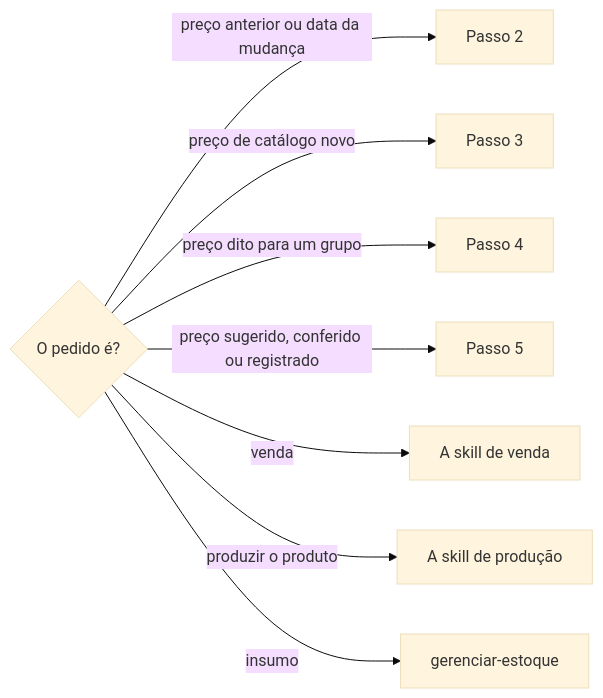
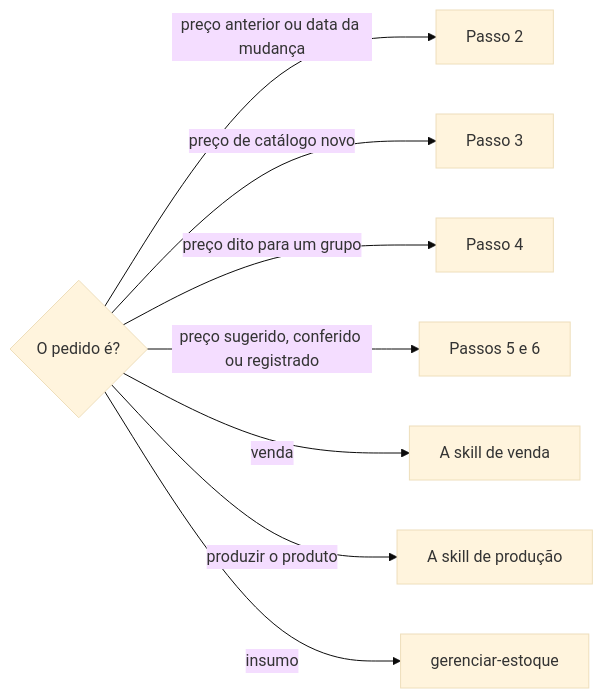
The diagram in .agents/skills/registrar-preco-de-produto-fisico/SKILL.md (jimmyandrade/harness), drawn with Mermaid (base theme) before and after one commit. The commit also changed other lines of this file and 1 other file, not shown here.

````diff
--- a/.agents/skills/registrar-preco-de-produto-fisico/SKILL.md
+++ b/.agents/skills/registrar-preco-de-produto-fisico/SKILL.md
@@ -48,10 +55,10 @@
 ```mermaid
 flowchart LR
   Q{O pedido é?} -->|preço anterior ou data da mudança| H[Passo 2]
   Q -->|preço de catálogo novo| R[Passo 3]
   Q -->|preço dito para um grupo| G[Passo 4]
-  Q -->|preço sugerido, conferido ou registrado| F[Passo 5]
+  Q -->|preço sugerido, conferido ou registrado| F[Passos 5 e 6]
   Q -->|venda| V[A skill de venda]
   Q -->|produzir o produto| P[A skill de produção]
   Q -->|insumo| E[gerenciar-estoque]
 ```
````
